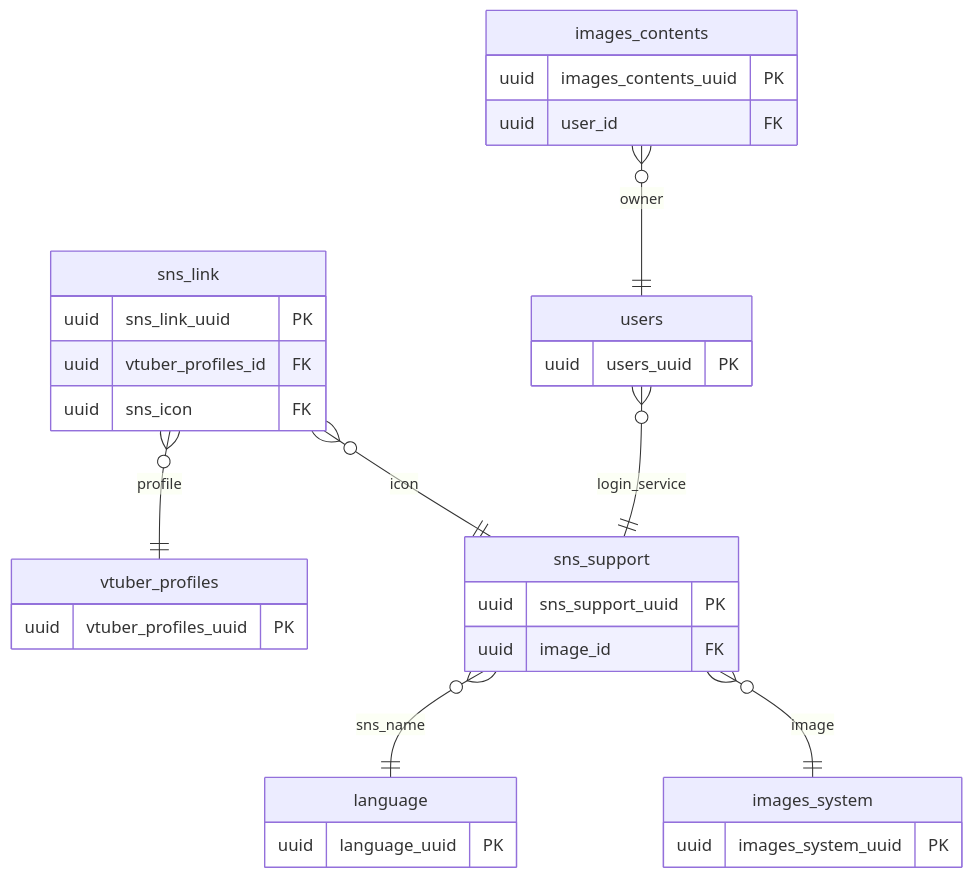
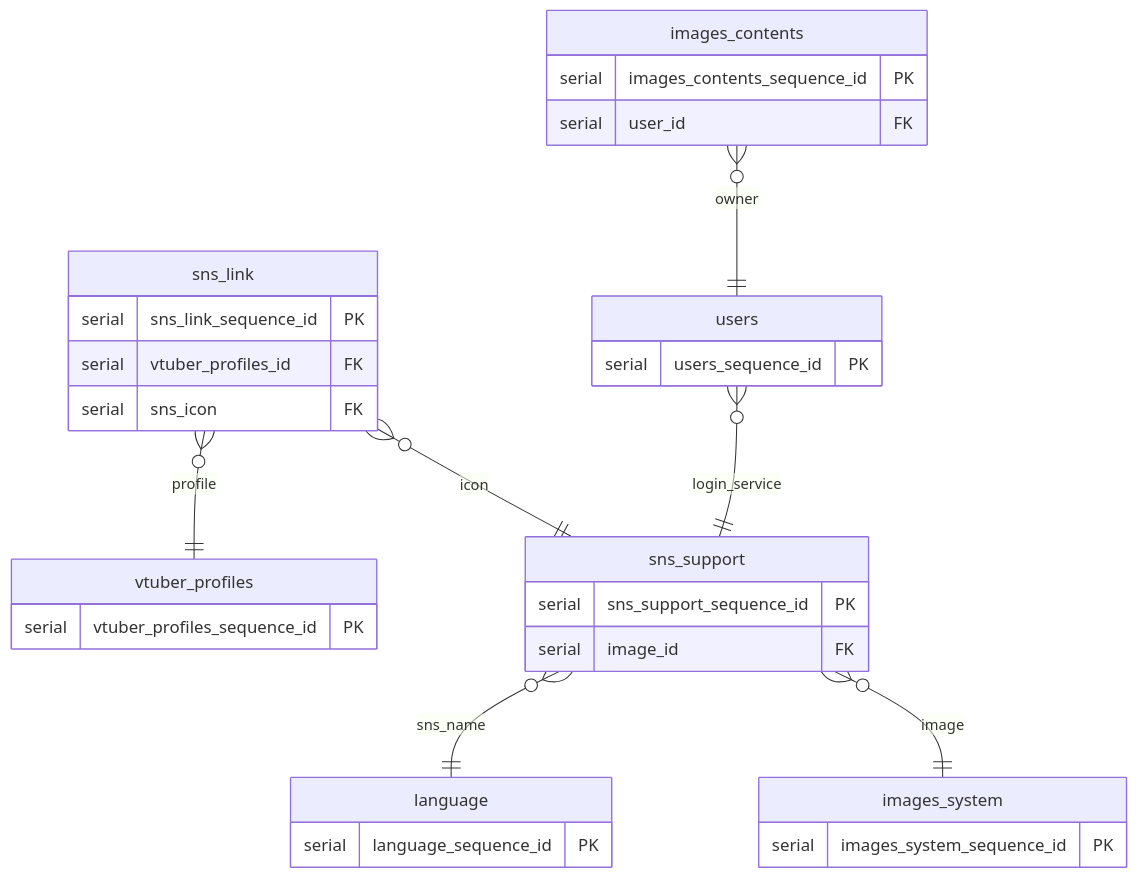
Before and after one commit to Soranoana/VtuberMeikan: the third of 5 diagrams in .design/DB/DB設計_ER図.md, drawn with Mermaid. The commit also changed other lines of this file and 2 other files, not shown here.

````diff
--- a/.design/DB/DB設計_ER図.md
+++ b/.design/DB/DB設計_ER図.md
@@ -104,37 +104,37 @@
 ```mermaid
 erDiagram
     vtuber_profiles {
-        uuid vtuber_profiles_uuid PK
+        serial vtuber_profiles_sequence_id PK
     }
     users {
-        uuid users_uuid PK
+        serial users_sequence_id PK
     }
     sns_link {
-        uuid sns_link_uuid PK
-        uuid vtuber_profiles_id FK
-        uuid sns_icon FK
+        serial sns_link_sequence_id PK
+        serial vtuber_profiles_id FK
+        serial sns_icon FK
     }
     sns_support {
-        uuid sns_support_uuid PK
-        uuid image_id FK
+        serial sns_support_sequence_id PK
+        serial image_id FK
     }
     language {
-        uuid language_uuid PK
+        serial language_sequence_id PK
     }
     images_contents {
-        uuid images_contents_uuid PK
-        uuid user_id FK
+        serial images_contents_sequence_id PK
+        serial user_id FK
     }
     images_system {
-        uuid images_system_uuid PK
+        serial images_system_sequence_id PK
     }
 
     sns_link }o--|| vtuber_profiles : profile
     sns_link }o--|| sns_support : icon
 
     sns_support }o--|| language : sns_name
     sns_support }o--|| images_system : image
     users }o--|| sns_support : login_service
 
     images_contents }o--|| users : owner
 ```
````
